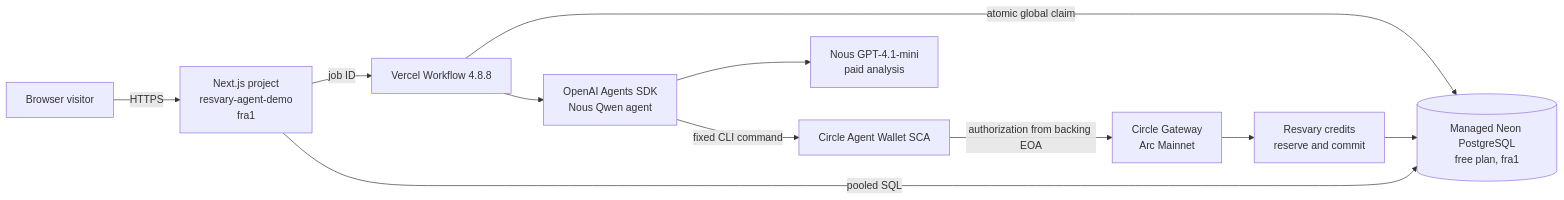
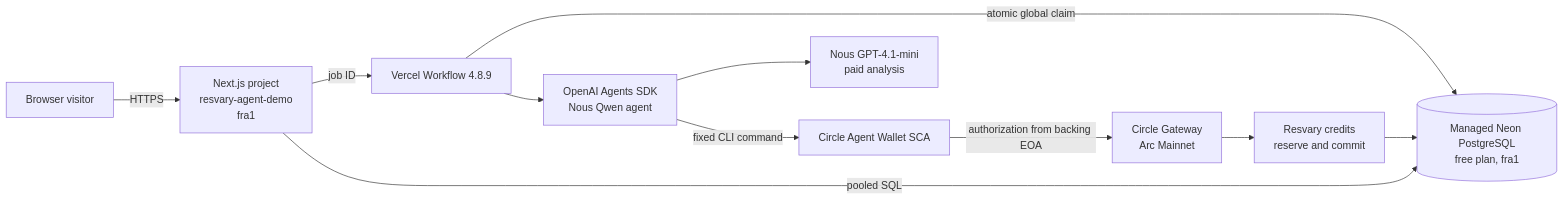
The diagram in docs/agent-demo-vercel-runbook.md (horn111/resvary), drawn with Mermaid before and after one commit. The commit also changed other lines of this file and 22 other files, not shown here.

````diff
--- a/docs/agent-demo-vercel-runbook.md
+++ b/docs/agent-demo-vercel-runbook.md
@@ -7,13 +15,13 @@
 ```mermaid
 flowchart LR
     User[Browser visitor] -->|HTTPS| Vercel[Next.js project\nresvary-agent-demo\nfra1]
-    Vercel -->|job ID| Workflow[Vercel Workflow 4.8.8]
+    Vercel -->|job ID| Workflow[Vercel Workflow 4.8.9]
     Vercel -->|pooled SQL| Neon[(Managed Neon PostgreSQL\nfree plan, fra1)]
     Workflow -->|atomic global claim| Neon
     Workflow --> Agent[OpenAI Agents SDK\nNous Qwen agent]
     Agent --> Service[Nous GPT-4.1-mini\npaid analysis]
     Agent -->|fixed CLI command| Circle[Circle Agent Wallet SCA]
     Circle -->|authorization from backing EOA| Gateway[Circle Gateway\nArc Mainnet]
     Gateway --> Ledger[Resvary credits\nreserve and commit]
     Ledger --> Neon
 ```
````
